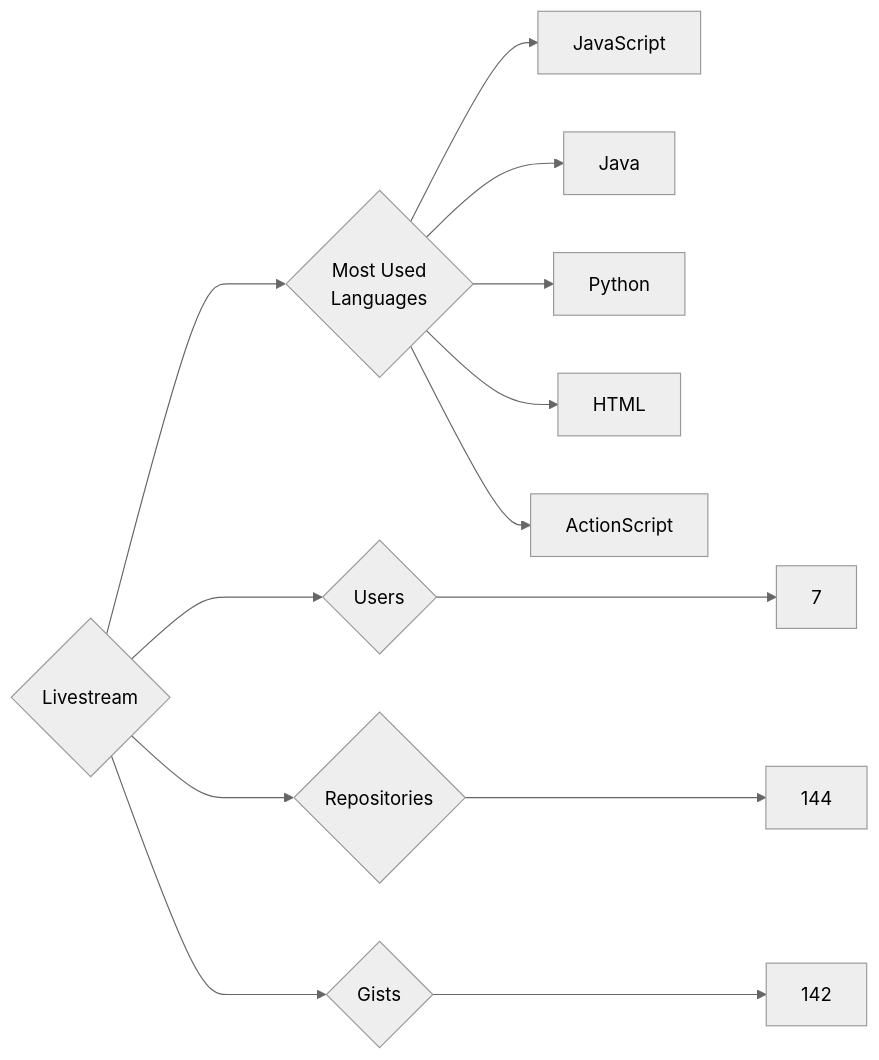
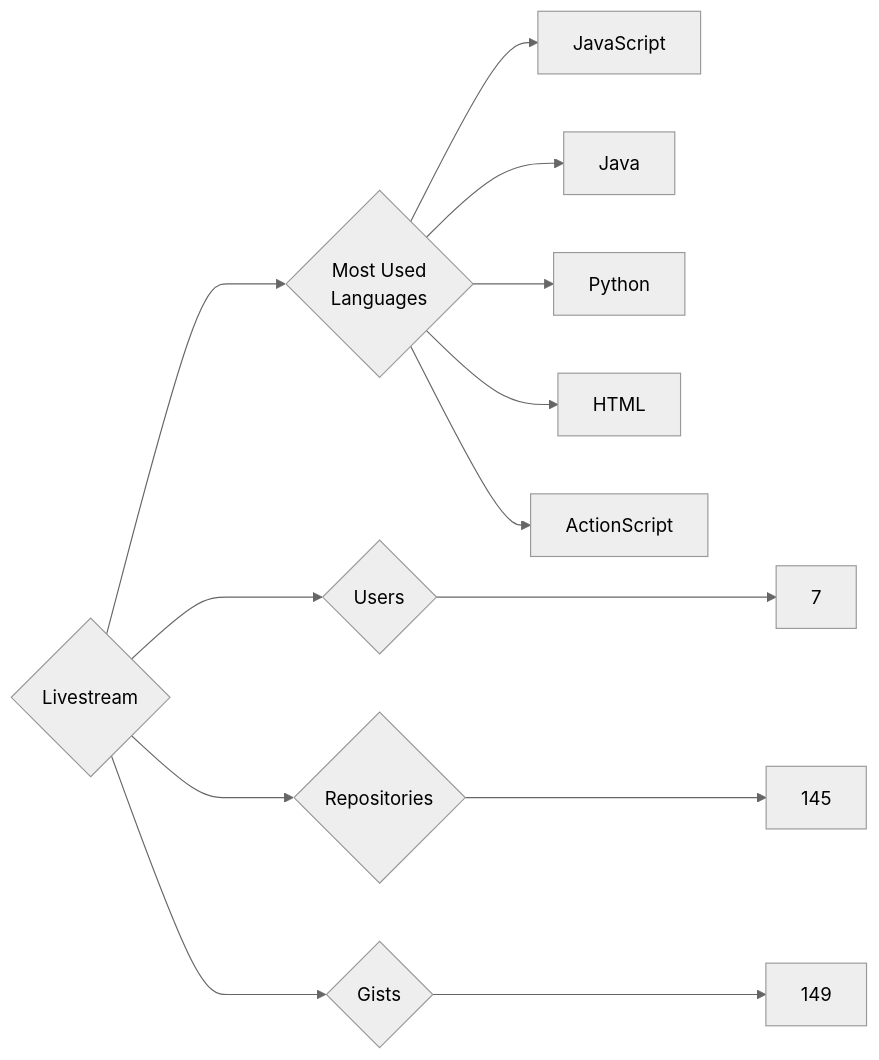
Before and after one commit to trickest/insiders: the diagram in targets/Livestream/README.md, drawn with Mermaid (neutral theme). The commit also changed 891 other files, not shown here.

````diff
--- a/targets/Livestream/README.md
+++ b/targets/Livestream/README.md
@@ -3,13 +3,13 @@
 ```mermaid
 graph LR
 COMPANY_NAME{Livestream}
 COMPANY_NAME ---> U{Users} ---> UN[7]
-COMPANY_NAME ---> R{Repositories} ---> RN[144]
-COMPANY_NAME ---> G{Gists} ---> GN[142]
+COMPANY_NAME ---> R{Repositories} ---> RN[145]
+COMPANY_NAME ---> G{Gists} ---> GN[149]
 COMPANY_NAME ---> ML{Most Used<br>Languages}
 ML --> JavaScript[JavaScript]
 ML --> Java[Java]
 ML --> Python[Python]
 ML --> HTML[HTML]
 ML --> ActionScript[ActionScript]
 ```
````
